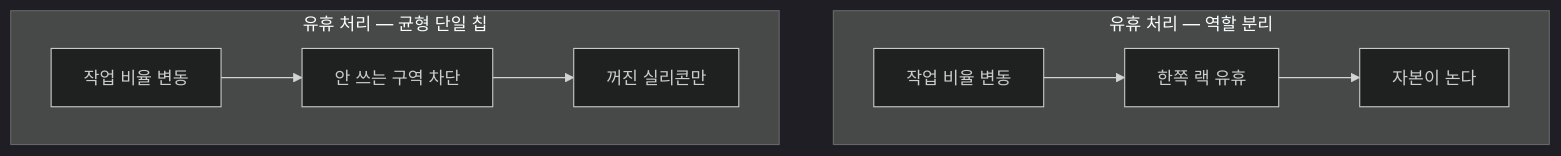
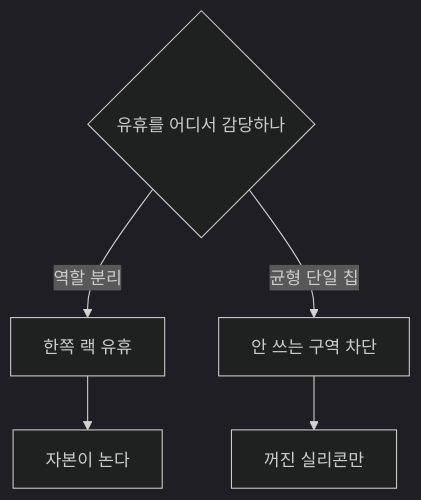
The fourth of 7 diagrams in insights/frames/exp/2026-08-27-openai-jalapeno-strategy-opus.md (yohan4477/semi-report), drawn with Mermaid (dark theme) before and after one commit. The commit also changed other lines of this file and 2 other files, not shown here.

````diff
--- a/insights/frames/exp/2026-08-27-openai-jalapeno-strategy-opus.md
+++ b/insights/frames/exp/2026-08-27-openai-jalapeno-strategy-opus.md
@@ -136,11 +135,8 @@
 ```mermaid
 flowchart TD
-    subgraph R["유휴 처리 — 역할 분리"]
-        R1["작업 비율 변동"] --> R2["한쪽 랙 유휴"]
-        R2 --> R3["자본이 논다"]
-    end
-    subgraph B["유휴 처리 — 균형 단일 칩"]
-        B1["작업 비율 변동"] --> B2["안 쓰는 구역 차단"]
-        B2 --> B3["꺼진 실리콘만"]
-    end
+    R{"유휴를 어디서 감당하나"}
+    R -->|역할 분리| R1["한쪽 랙 유휴"]
+    R1 --> R2["자본이 논다"]
+    R -->|균형 단일 칩| B1["안 쓰는 구역 차단"]
+    B1 --> B2["꺼진 실리콘만"]
 ```
````
